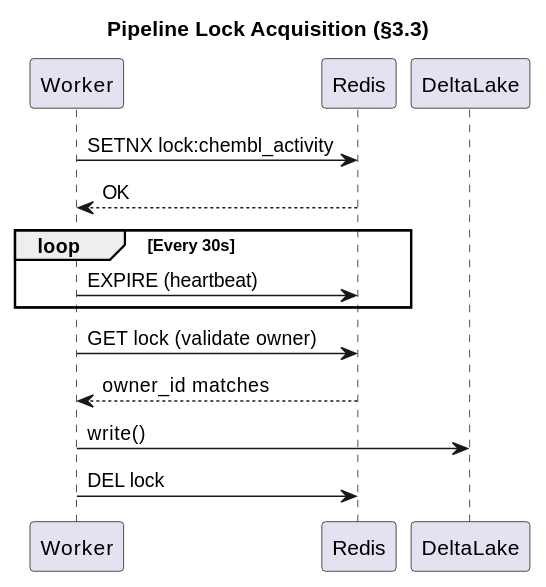
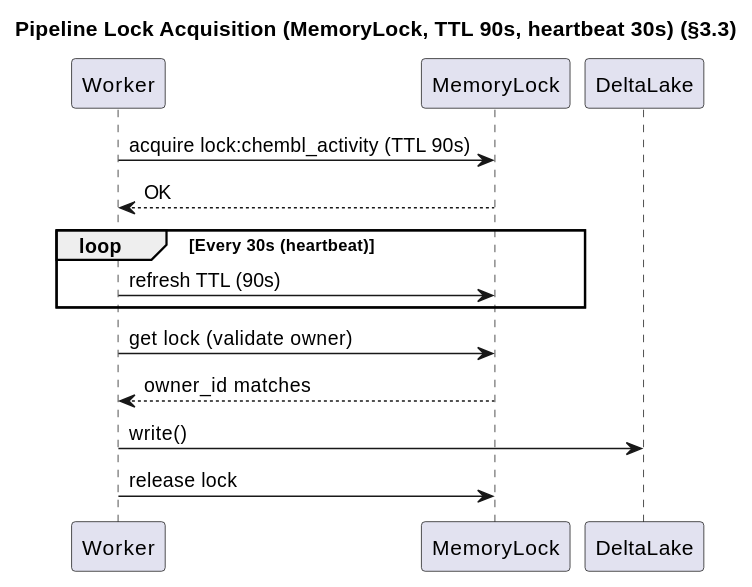
The fourth of 4 diagrams in docs/02-architecture/diagrams/00-diagramming-policy.md (SatoryKono/BioactivityDataAcquisition), drawn with PlantUML before and after one commit.

Commit message:
Update locking diagram to MemoryLock

````diff
--- a/docs/02-architecture/diagrams/00-diagramming-policy.md
+++ b/docs/02-architecture/diagrams/00-diagramming-policy.md
@@ -228,23 +228,23 @@
 ```plantuml
 @startuml
-title Pipeline Lock Acquisition (§3.3)
+title Pipeline Lock Acquisition (MemoryLock, TTL 90s, heartbeat 30s) (§3.3)
 
 participant Worker
-participant Redis
+participant MemoryLock
 participant DeltaLake
 
-Worker -> Redis: SETNX lock:chembl_activity
-Redis --> Worker: OK
+Worker -> MemoryLock: acquire lock:chembl_activity (TTL 90s)
+MemoryLock --> Worker: OK
 
-loop Every 30s
-    Worker -> Redis: EXPIRE (heartbeat)
+loop Every 30s (heartbeat)
+    Worker -> MemoryLock: refresh TTL (90s)
 end
 
-Worker -> Redis: GET lock (validate owner)
-Redis --> Worker: owner_id matches
+Worker -> MemoryLock: get lock (validate owner)
+MemoryLock --> Worker: owner_id matches
 
 Worker -> DeltaLake: write()
 
-Worker -> Redis: DEL lock
+Worker -> MemoryLock: release lock
 @enduml
 ```
````
